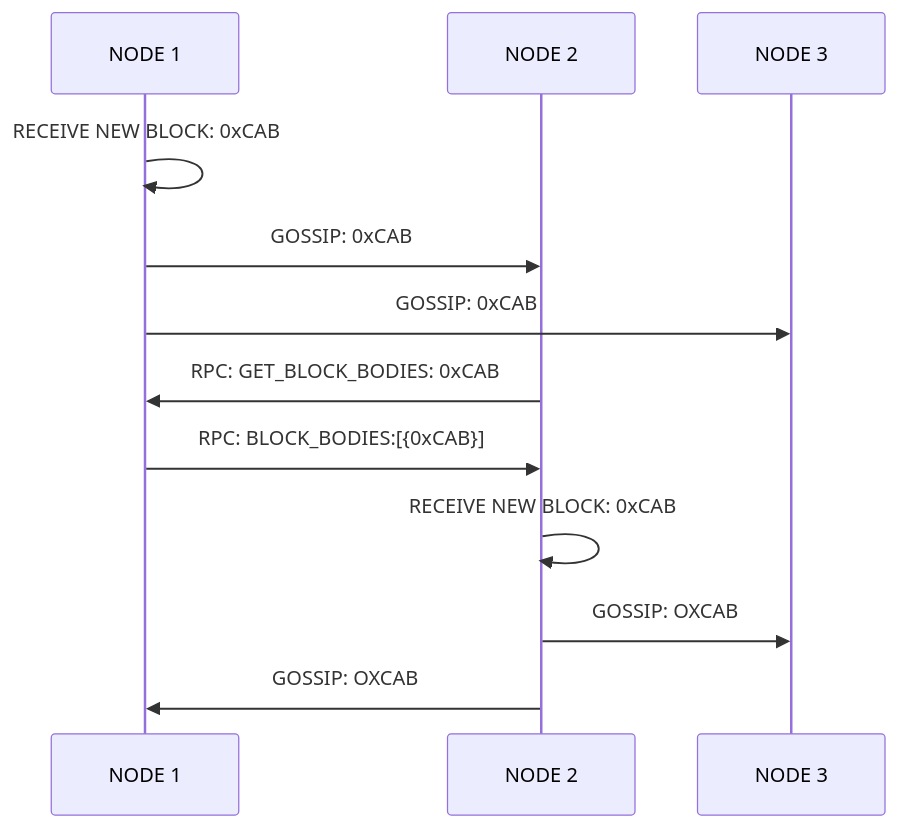
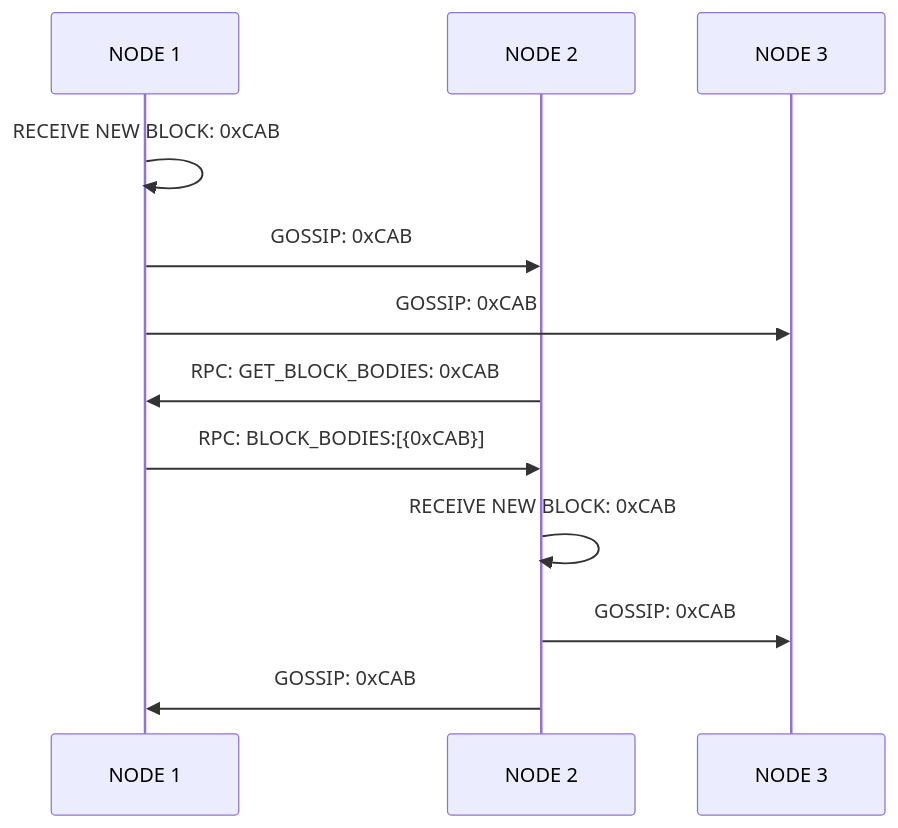
One commit to ajoydas/hobbits changed the diagram in specs/diagram.mermaid. Above: the diagram before and after it, drawn with Mermaid.

```diff
--- a/specs/diagram.mermaid
+++ b/specs/diagram.mermaid
@@ -1,19 +1,19 @@
 sequenceDiagram
 
 participant 1 as NODE 1
 participant 2 as NODE 2
 participant 3 as NODE 3
 
 
 1->>1: RECEIVE NEW BLOCK: 0xCAB
 1->>2: GOSSIP: 0xCAB
 1->>3: GOSSIP: 0xCAB
 
 2->>1: RPC: GET_BLOCK_BODIES: 0xCAB
 1->>2: RPC: BLOCK_BODIES:[{0xCAB}]
 
 2->>2: RECEIVE NEW BLOCK: 0xCAB
 
-2->>3: GOSSIP: OXCAB
+2->>3: GOSSIP: 0xCAB
 
-2->>1: GOSSIP: OXCAB
+2->>1: GOSSIP: 0xCAB
```
